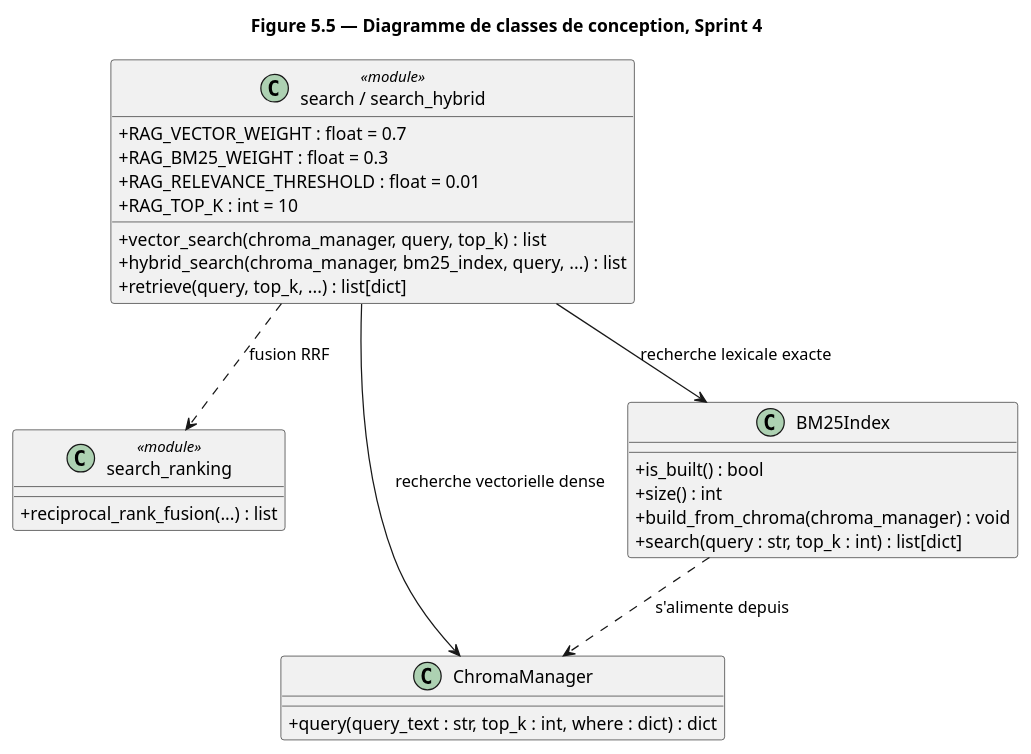
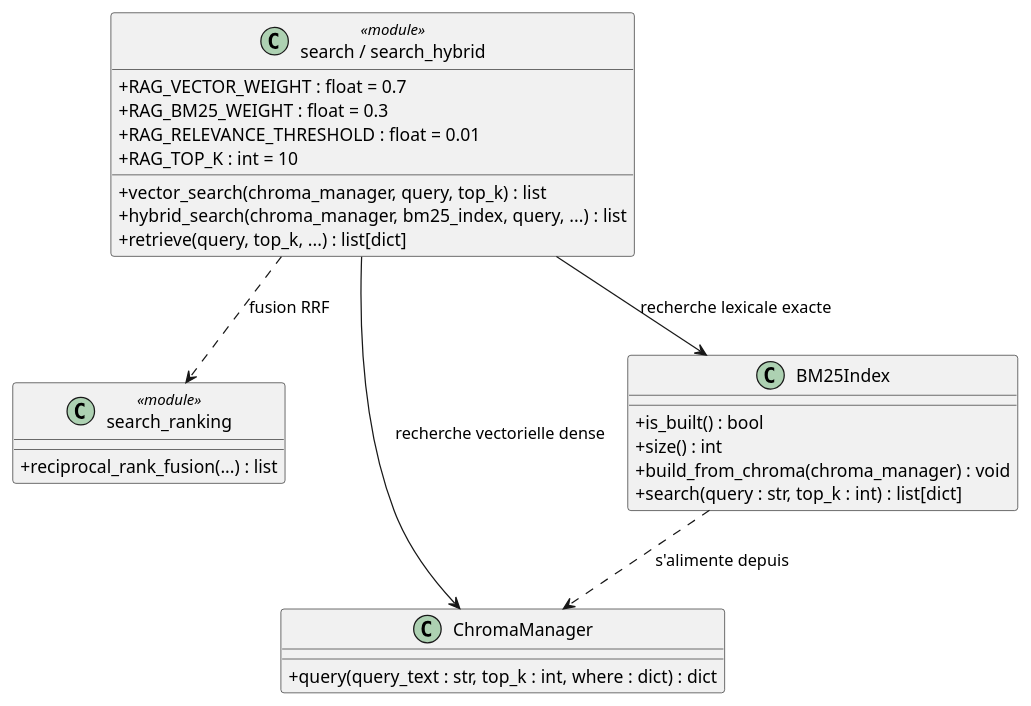
Before and after one commit to katsuki2000/odoo-ia-prototype: the diagram in todo/diagrammes/5_5_classes_sprint4.puml, drawn with PlantUML. The commit also changed 30 other files, not shown here.

```diff
--- a/todo/diagrammes/5_5_classes_sprint4.puml
+++ b/todo/diagrammes/5_5_classes_sprint4.puml
@@ -1,34 +1,33 @@
 @startuml 5_5_classes_sprint4
-title Figure 5.5 — Diagramme de classes de conception, Sprint 4
 skinparam classAttributeIconSize 0
 
 class "search / search_hybrid" as Search <<module>> {
   +RAG_VECTOR_WEIGHT : float = 0.7
   +RAG_BM25_WEIGHT : float = 0.3
   +RAG_RELEVANCE_THRESHOLD : float = 0.01
   +RAG_TOP_K : int = 10
   +vector_search(chroma_manager, query, top_k) : list
   +hybrid_search(chroma_manager, bm25_index, query, ...) : list
   +retrieve(query, top_k, ...) : list[dict]
 }
 
 class "search_ranking" as Ranking <<module>> {
   +reciprocal_rank_fusion(...) : list
 }
 
 class ChromaManager {
   +query(query_text : str, top_k : int, where : dict) : dict
 }
 
 class BM25Index {
   +is_built() : bool
   +size() : int
   +build_from_chroma(chroma_manager) : void
   +search(query : str, top_k : int) : list[dict]
 }
 
 Search --> ChromaManager : recherche vectorielle dense
 Search --> BM25Index : recherche lexicale exacte
 Search ..> Ranking : fusion RRF
 BM25Index ..> ChromaManager : s'alimente depuis
 @enduml
```
